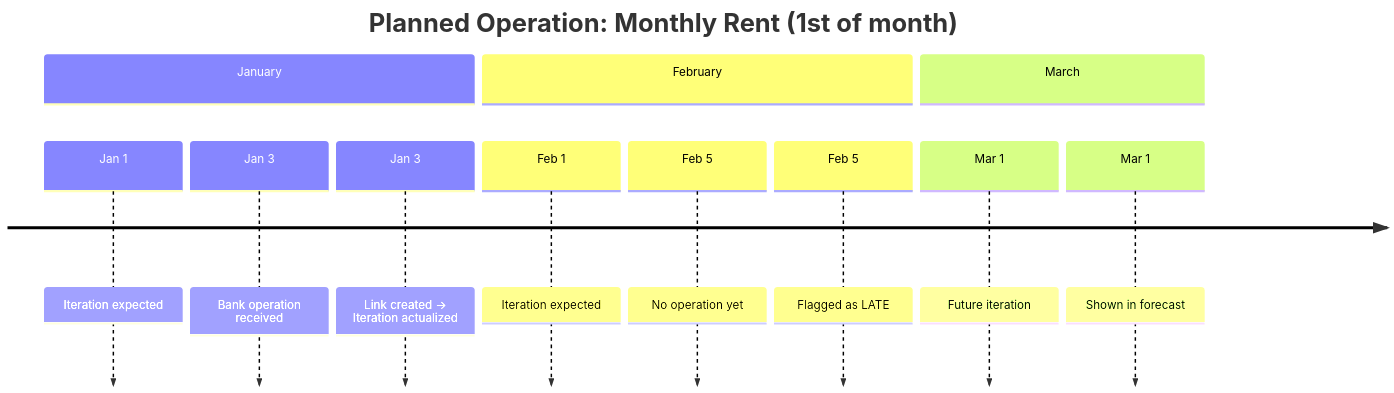
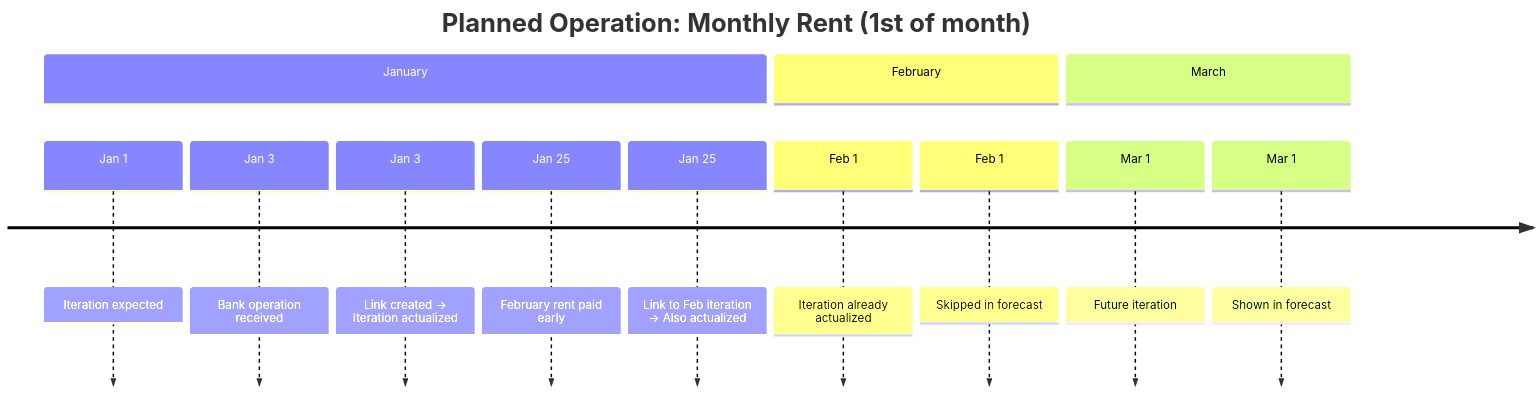
The fourth of 5 diagrams in docs/dev/forecast-calculation.md (corentin-core/budget-forecaster), drawn with Mermaid before and after one commit. The commit also changed other lines of this file and 1 other file, not shown here.

Commit message:
docs: add anticipated future iteration scenario

````diff
--- a/docs/dev/forecast-calculation.md
+++ b/docs/dev/forecast-calculation.md
@@ -179,15 +181,16 @@
 ```mermaid
 timeline
     title Planned Operation: Monthly Rent (1st of month)
     section January
         Jan 1 : Iteration expected
         Jan 3 : Bank operation received
         Jan 3 : Link created → Iteration actualized
+        Jan 25 : February rent paid early
+        Jan 25 : Link to Feb iteration → Also actualized
     section February
-        Feb 1 : Iteration expected
-        Feb 5 : No operation yet
-        Feb 5 : Flagged as LATE
+        Feb 1 : Iteration already actualized
+        Feb 1 : Skipped in forecast
     section March
         Mar 1 : Future iteration
         Mar 1 : Shown in forecast
 ```
````
